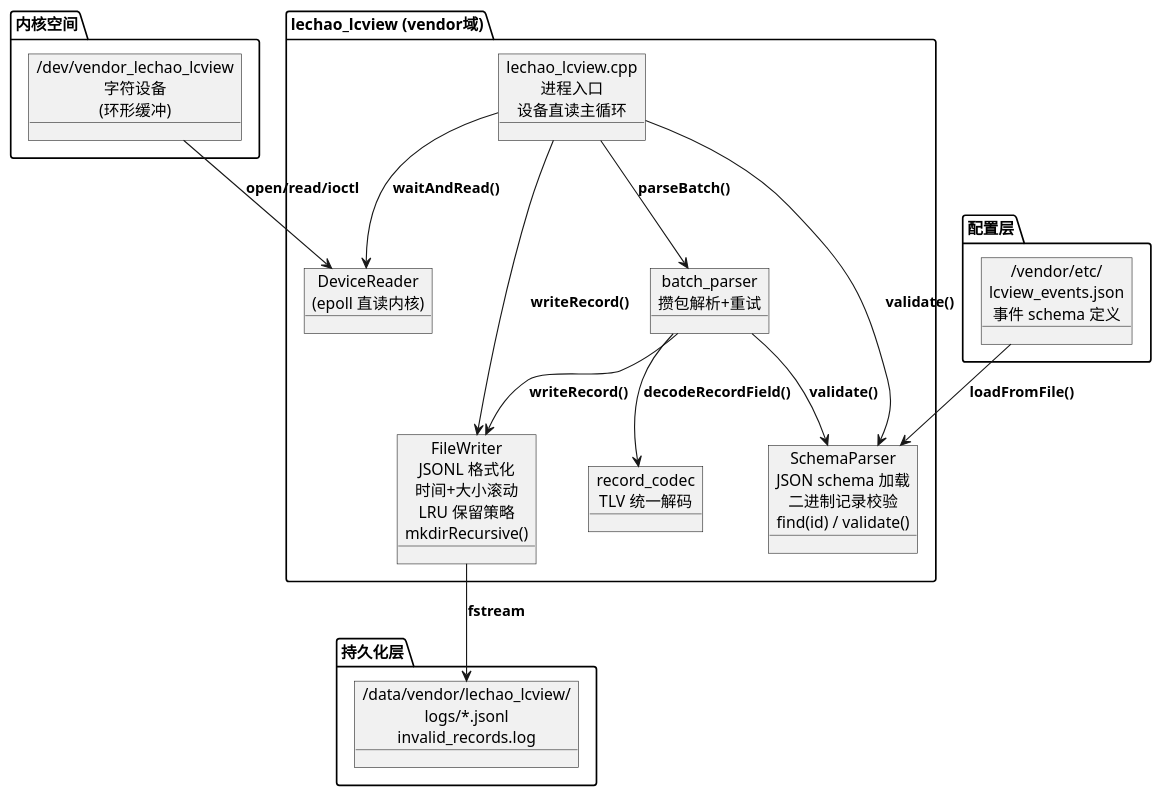
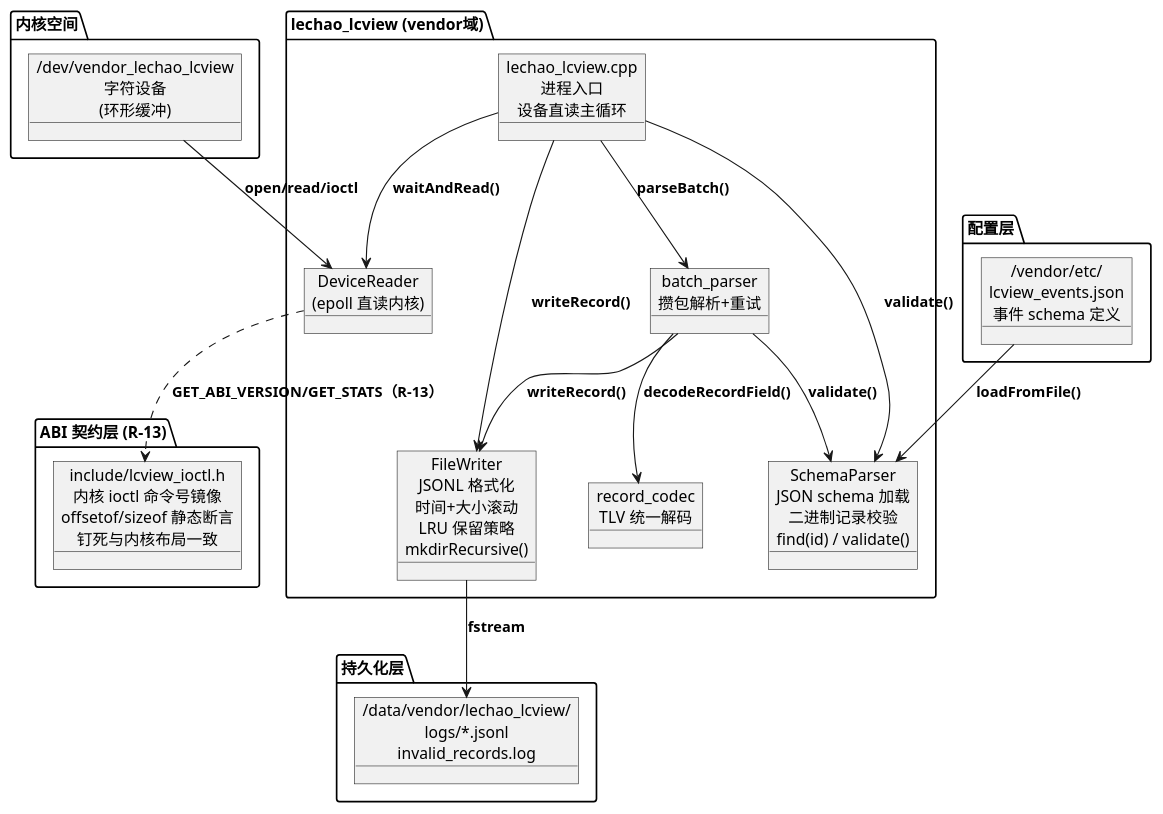
Before and after one commit to lechao365/AndroidSystemEnhance: the sixth of 13 diagrams in docs/01-打点增强/01.02-Daemon增强-lcview-daemon.md, drawn with PlantUML. The commit also changed other lines of this file and 146 other files, not shown here.

````diff
--- a/docs/01-打点增强/01.02-Daemon增强-lcview-daemon.md
+++ b/docs/01-打点增强/01.02-Daemon增强-lcview-daemon.md
@@ -185,36 +186,41 @@
 ```plantuml
 @startuml
 allowmixing
 package "内核空间" as kdev {
     object "/dev/vendor_lechao_lcview\n字符设备\n(环形缓冲)" as DEV
 }
 
 package "lechao_lcview (vendor域)" as daemon {
     object "lechao_lcview.cpp\n进程入口\n设备直读主循环" as MAIN
     object "DeviceReader\n(epoll 直读内核)" as READER
     object "batch_parser\n攒包解析+重试" as BATCH
     object "record_codec\nTLV 统一解码" as CODEC
     object "SchemaParser\nJSON schema 加载\n二进制记录校验\nfind(id) / validate()" as SCHEMA
     object "FileWriter\nJSONL 格式化\n时间+大小滚动\nLRU 保留策略\nmkdirRecursive()" as FW
+}
+
+package "ABI 契约层 (R-13)" as abi {
+    object "include/lcview_ioctl.h\n内核 ioctl 命令号镜像\noffsetof/sizeof 静态断言\n钉死与内核布局一致" as IOMIRROR
 }
 
 package "配置层" as cfg {
     object "/vendor/etc/\nlcview_events.json\n事件 schema 定义" as JSON
 }
 
 package "持久化层" as disk {
     object "/data/vendor/lechao_lcview/\nlogs/*.jsonl\ninvalid_records.log" as LOGS
 }
 
 DEV --> READER : **open/read/ioctl**
 MAIN --> READER : **waitAndRead()**
 MAIN --> BATCH : **parseBatch()**
 BATCH --> CODEC : **decodeRecordField()**
 BATCH --> SCHEMA : **validate()**
 BATCH --> FW : **writeRecord()**
 JSON --> SCHEMA : **loadFromFile()**
 MAIN --> SCHEMA : **validate()**
 MAIN --> FW : **writeRecord()**
 FW --> LOGS : **fstream**
+READER ..> IOMIRROR : **GET_ABI_VERSION/GET_STATS（R-13）**
 @enduml
 ```
````
